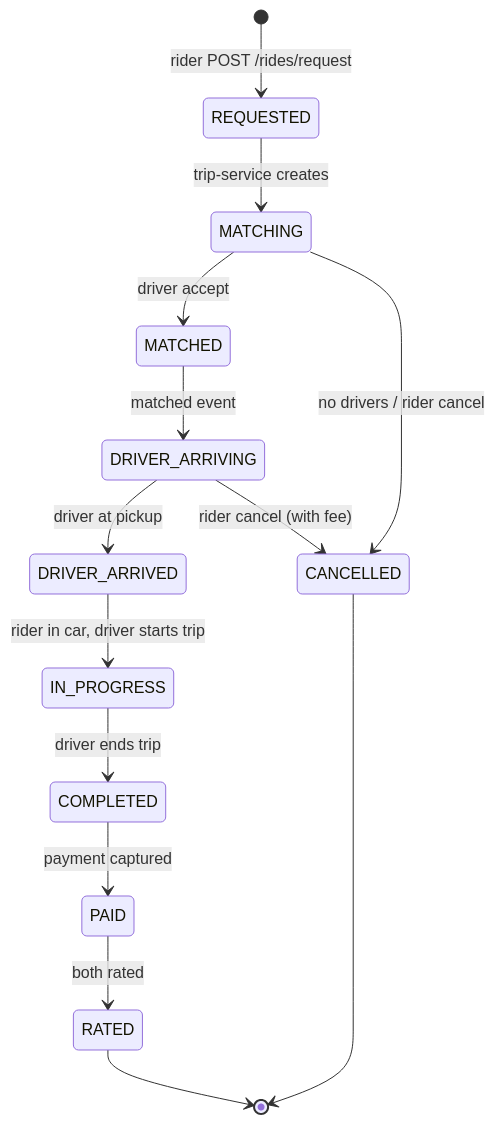
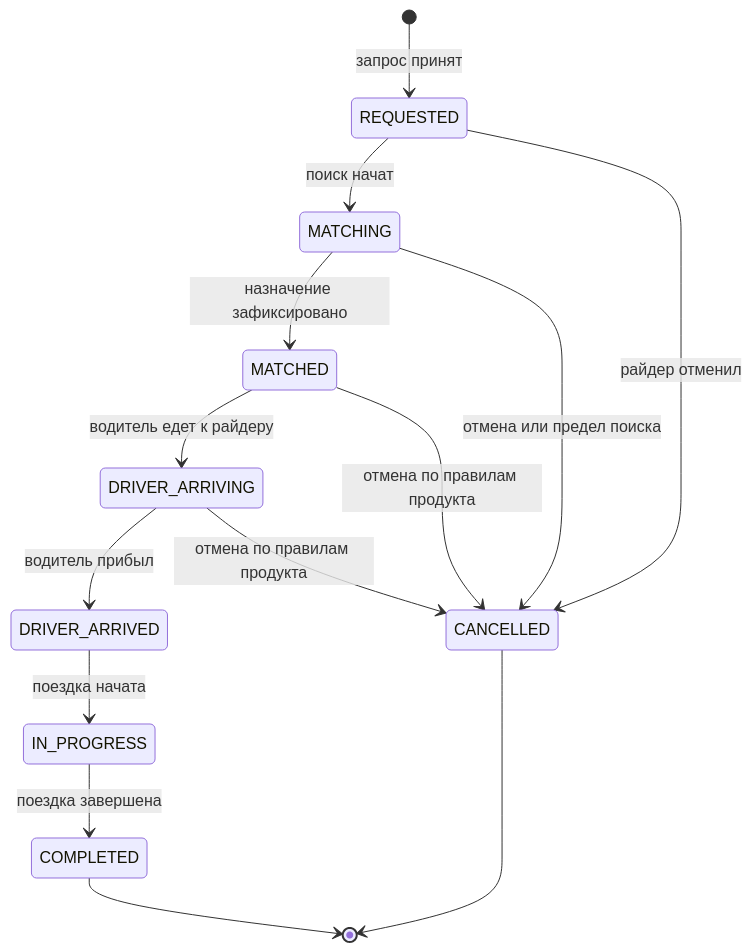
One commit to akeverus/cheat-sheet changed the second of 2 diagrams in cheatsheets/interview/system-design/design-uber-interview.md. Above: the diagram before and after it, drawn with Mermaid. The commit also changed other lines of this file and 154 other files, not shown here.

````diff
--- a/cheatsheets/interview/system-design/design-uber-interview.md
+++ b/cheatsheets/interview/system-design/design-uber-interview.md
@@ -730,16 +356,16 @@
 ```mermaid
 stateDiagram-v2
-    [*] --> REQUESTED: rider POST /rides/request
-    REQUESTED --> MATCHING: trip-service creates
-    MATCHING --> MATCHED: driver accept
-    MATCHING --> CANCELLED: no drivers / rider cancel
-    MATCHED --> DRIVER_ARRIVING: matched event
-    DRIVER_ARRIVING --> DRIVER_ARRIVED: driver at pickup
-    DRIVER_ARRIVING --> CANCELLED: rider cancel (with fee)
-    DRIVER_ARRIVED --> IN_PROGRESS: rider in car, driver starts trip
-    IN_PROGRESS --> COMPLETED: driver ends trip
-    COMPLETED --> PAID: payment captured
-    PAID --> RATED: both rated
-    RATED --> [*]
+    [*] --> REQUESTED: запрос принят
+    REQUESTED --> MATCHING: поиск начат
+    MATCHING --> MATCHED: назначение зафиксировано
+    MATCHING --> CANCELLED: отмена или предел поиска
+    MATCHED --> DRIVER_ARRIVING: водитель едет к райдеру
+    DRIVER_ARRIVING --> DRIVER_ARRIVED: водитель прибыл
+    DRIVER_ARRIVED --> IN_PROGRESS: поездка начата
+    IN_PROGRESS --> COMPLETED: поездка завершена
+    REQUESTED --> CANCELLED: райдер отменил
+    MATCHED --> CANCELLED: отмена по правилам продукта
+    DRIVER_ARRIVING --> CANCELLED: отмена по правилам продукта
     CANCELLED --> [*]
+    COMPLETED --> [*]
 ```
````
